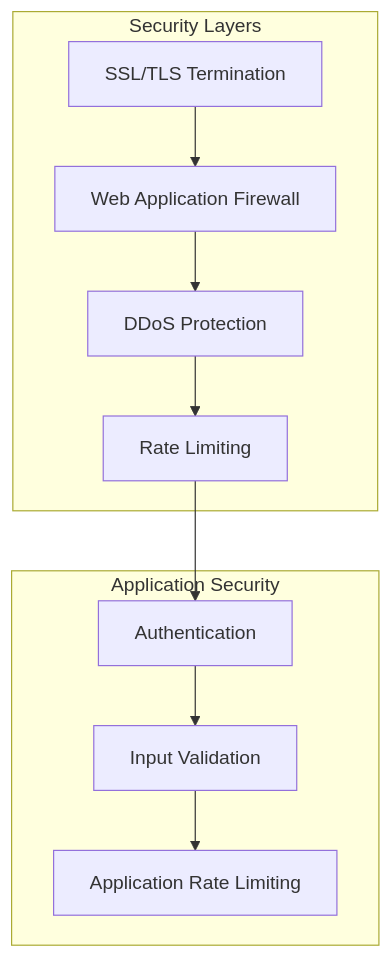
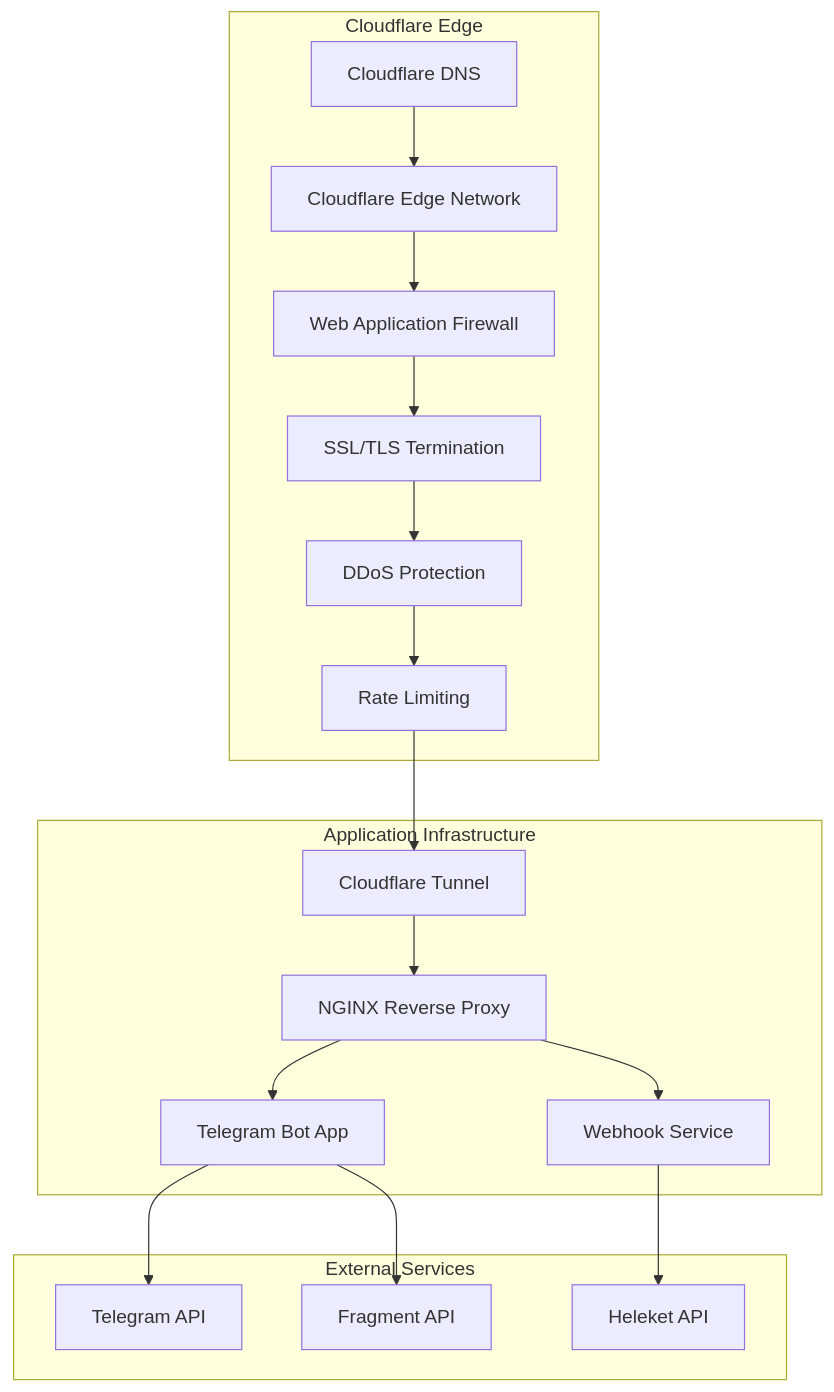
Diagram 15 of 15 in docs/ARCHITECTURE.md (neKamita/Mirza-Telegram-Shop-Bot), drawn with Mermaid before and after one commit. The commit also changed other lines of this file and 7 other files, not shown here.

````diff
--- a/docs/ARCHITECTURE.md
+++ b/docs/ARCHITECTURE.md
@@ -583,23 +993,39 @@
 ```mermaid
-graph TD
-    subgraph "Security Layers"
+graph TB
+    subgraph "Cloudflare Edge"
+        CF_EDGE[Cloudflare Edge Network]
+        CF_DNS[Cloudflare DNS]
+        CF_WAF[Web Application Firewall]
         CF_SSL[SSL/TLS Termination]
-        CF_WAF[Web Application Firewall]
         CF_DDOS[DDoS Protection]
         CF_RATE[Rate Limiting]
     end
-    
-    subgraph "Application Security"
-        APP_AUTH[Authentication]
-        APP_VALID[Input Validation]
-        APP_RATE[Application Rate Limiting]
+
+    subgraph "Application Infrastructure"
+        CF_TUNNEL[Cloudflare Tunnel]
+        NGINX[NGINX Reverse Proxy]
+        APP[Telegram Bot App]
+        WEBHOOK[Webhook Service]
     end
-    
-    CF_SSL --> CF_WAF
-    CF_WAF --> CF_DDOS
+
+    subgraph "External Services"
+        TG[Telegram API]
+        HELEKET[Heleket API]
+        FRAGMENT[Fragment API]
+    end
+
+    CF_DNS --> CF_EDGE
+    CF_EDGE --> CF_WAF
+    CF_WAF --> CF_SSL
+    CF_SSL --> CF_DDOS
     CF_DDOS --> CF_RATE
-    
-    CF_RATE --> APP_AUTH
-    APP_AUTH --> APP_VALID
-    APP_VALID --> APP_RATE
+    CF_RATE --> CF_TUNNEL
+
+    CF_TUNNEL --> NGINX
+    NGINX --> APP
+    NGINX --> WEBHOOK
+
+    APP --> TG
+    WEBHOOK --> HELEKET
+    APP --> FRAGMENT
 ```
````
